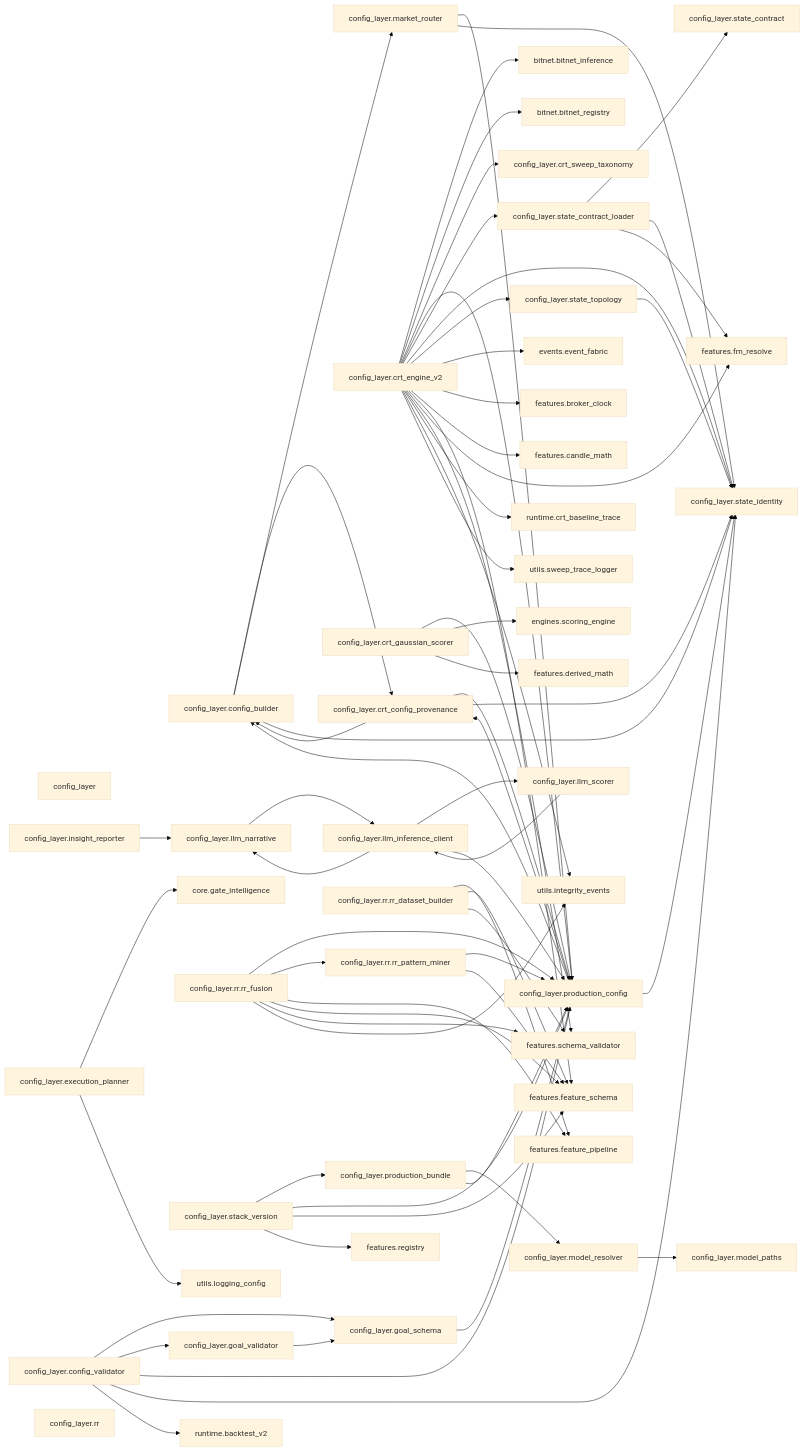
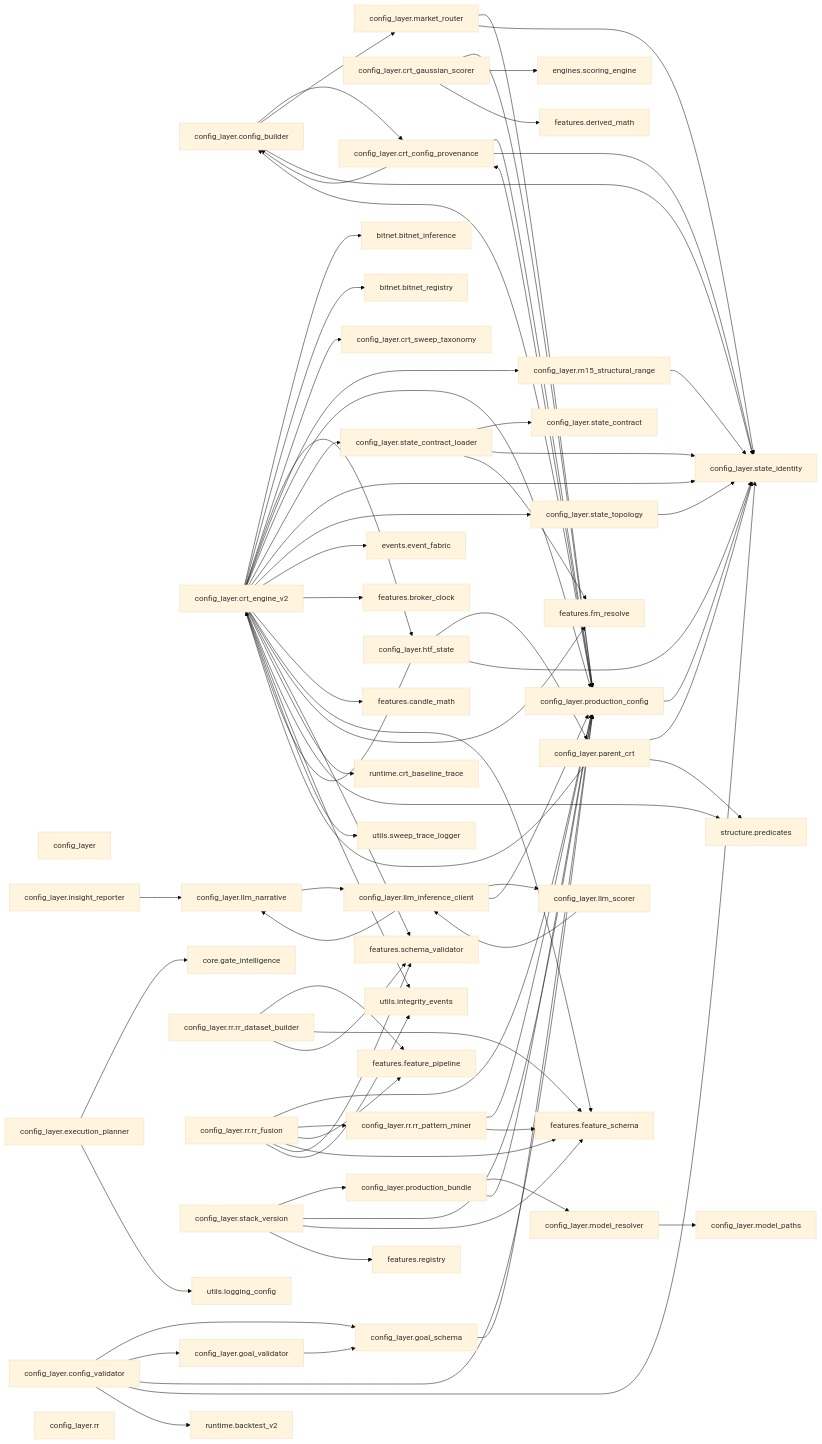
One commit to Chaithu1995-0312/TradeHlt changed the sixth of 39 diagrams in docs/architecture/code-map.generated.md. Above: the diagram before and after it, drawn with Mermaid (base theme). The commit also changed other lines of this file and 4 other files, not shown here.

```diff
--- a/docs/architecture/code-map.generated.md
+++ b/docs/architecture/code-map.generated.md
@@ -436,13 +442,16 @@
     config_layer_execution_planner["config_layer.execution_planner"]
     config_layer_goal_schema["config_layer.goal_schema"]
     config_layer_goal_validator["config_layer.goal_validator"]
+    config_layer_htf_state["config_layer.htf_state"]
     config_layer_insight_reporter["config_layer.insight_reporter"]
     config_layer_llm_inference_client["config_layer.llm_inference_client"]
     config_layer_llm_narrative["config_layer.llm_narrative"]
     config_layer_llm_scorer["config_layer.llm_scorer"]
+    config_layer_m15_structural_range["config_layer.m15_structural_range"]
     config_layer_market_router["config_layer.market_router"]
     config_layer_model_paths["config_layer.model_paths"]
     config_layer_model_resolver["config_layer.model_resolver"]
+    config_layer_parent_crt["config_layer.parent_crt"]
     config_layer_production_bundle["config_layer.production_bundle"]
     config_layer_production_config["config_layer.production_config"]
     config_layer_rr["config_layer.rr"]
@@ -469,6 +478,7 @@
     features_schema_validator["features.schema_validator"]
     runtime_backtest_v2["runtime.backtest_v2"]
     runtime_crt_baseline_trace["runtime.crt_baseline_trace"]
+    structure_predicates["structure.predicates"]
     utils_integrity_events["utils.integrity_events"]
     utils_logging_config["utils.logging_config"]
     utils_sweep_trace_logger["utils.sweep_trace_logger"]
@@ -486,6 +496,8 @@
     config_layer_crt_engine_v2 --> bitnet_bitnet_inference
     config_layer_crt_engine_v2 --> bitnet_bitnet_registry
     config_layer_crt_engine_v2 --> config_layer_crt_sweep_taxonomy
+    config_layer_crt_engine_v2 --> config_layer_htf_state
+    config_layer_crt_engine_v2 --> config_layer_m15_structural_range
     config_layer_crt_engine_v2 --> config_layer_production_config
     config_layer_crt_engine_v2 --> config_layer_state_contract_loader
     config_layer_crt_engine_v2 --> config_layer_state_identity
@@ -497,6 +509,7 @@
     config_layer_crt_engine_v2 --> features_fm_resolve
     config_layer_crt_engine_v2 --> features_schema_validator
     config_layer_crt_engine_v2 --> runtime_crt_baseline_trace
+    config_layer_crt_engine_v2 --> structure_predicates
     config_layer_crt_engine_v2 --> utils_integrity_events
     config_layer_crt_engine_v2 --> utils_sweep_trace_logger
     config_layer_crt_gaussian_scorer --> config_layer_production_config
@@ -506,15 +519,22 @@
     config_layer_execution_planner --> utils_logging_config
     config_layer_goal_schema --> config_layer_production_config
     config_layer_goal_validator --> config_layer_goal_schema
+    config_layer_htf_state --> config_layer_crt_engine_v2
+    config_layer_htf_state --> config_layer_parent_crt
+    config_layer_htf_state --> config_layer_state_identity
     config_layer_insight_reporter --> config_layer_llm_narrative
     config_layer_llm_inference_client --> config_layer_llm_narrative
     config_layer_llm_inference_client --> config_layer_llm_scorer
     config_layer_llm_inference_client --> config_layer_production_config
     config_layer_llm_narrative --> config_layer_llm_inference_client
     config_layer_llm_scorer --> config_layer_llm_inference_client
+    config_layer_m15_structural_range --> config_layer_state_identity
     config_layer_market_router --> config_layer_production_config
     config_layer_market_router --> config_layer_state_identity
     config_layer_model_resolver --> config_layer_model_paths
+    config_layer_parent_crt --> config_layer_crt_engine_v2
+    config_layer_parent_crt --> config_layer_state_identity
+    config_layer_parent_crt --> structure_predicates
     config_layer_production_bundle --> config_layer_model_resolver
     config_layer_production_bundle --> config_layer_production_config
     config_layer_production_config --> config_layer_config_builder
```
